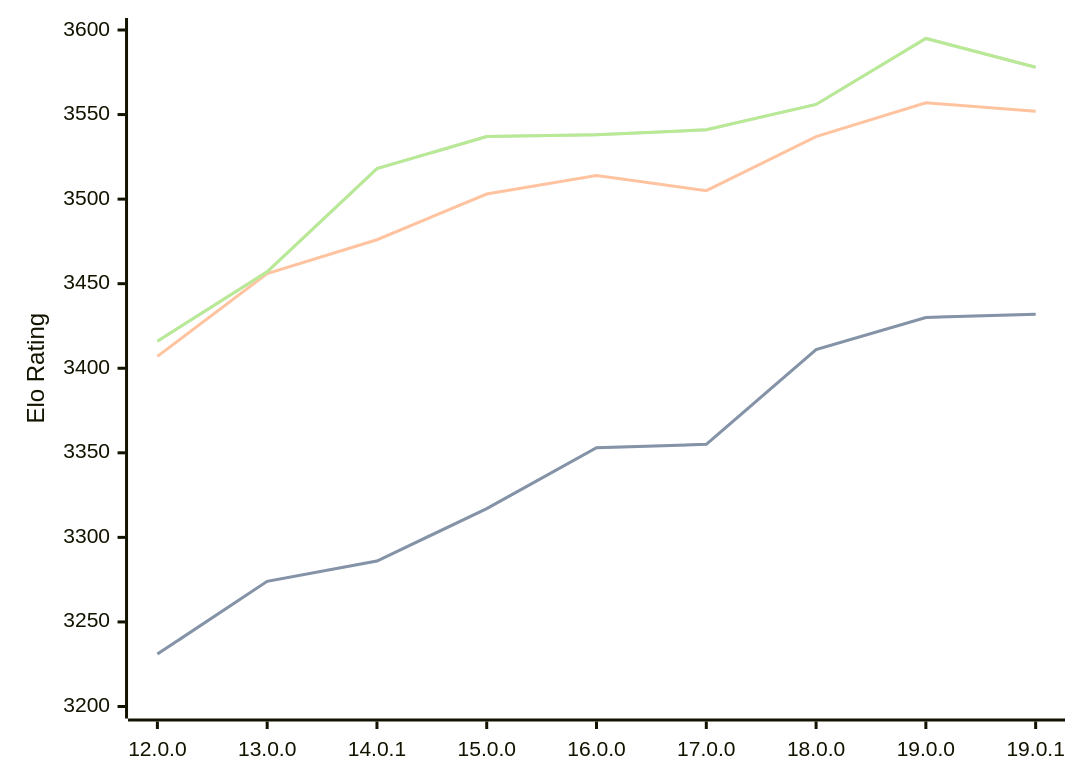
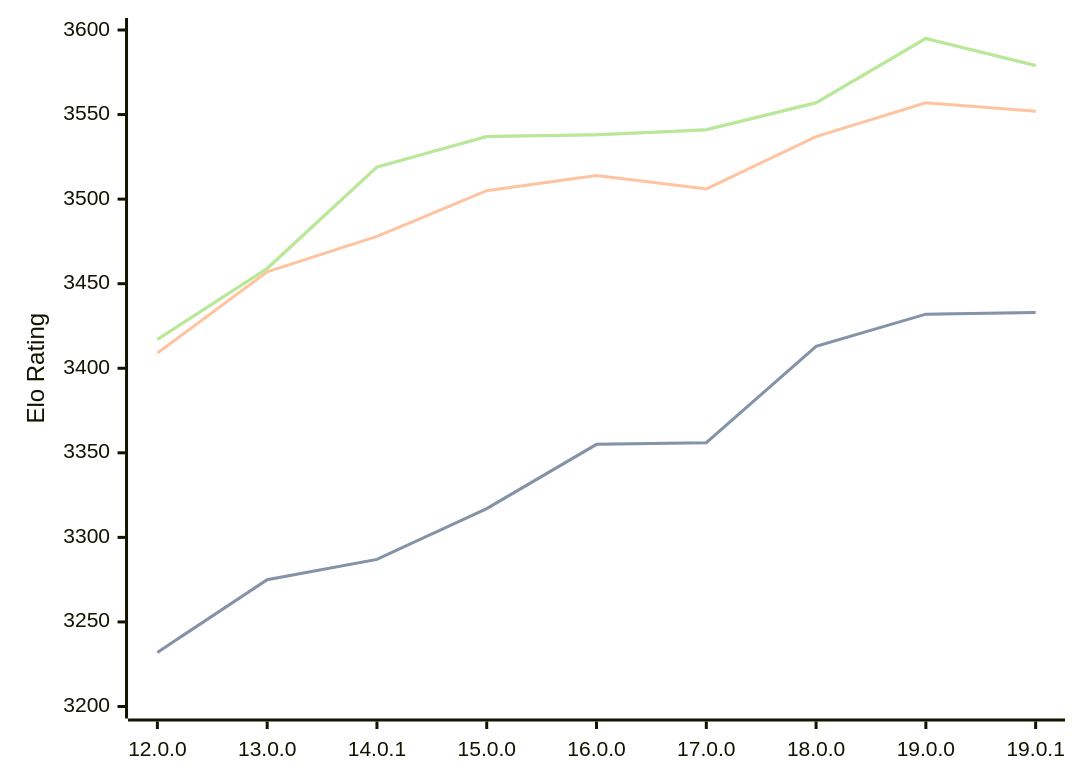
The diagram in engines/Viridithas.md (computer-chess-index/cci), drawn with Mermaid before and after one commit. The commit also changed other lines of this file, not shown here.

Commit message:
Update CCI Ratings (ELO VLTC) - 2026-04-05

````diff
--- a/engines/Viridithas.md
+++ b/engines/Viridithas.md
@@ -63,11 +63,11 @@
 ```mermaid
 %%{init: {"theme":"base","themeVariables":{"seriesColors:['#a3a3a3','#222221','#faa371']}}}%%
 xychart-beta
   x-axis ["12.0.0", "13.0.0", "14.0.1", "15.0.0", "16.0.0", "17.0.0", "18.0.0", "19.0.0", "19.0.1"]
   y-axis "Elo Rating" 3200 --> 3600
-  line "STC (8.0+0.08s)" [3231, 3274, 3286, 3317, 3353, 3355, 3411, 3430, 3432]
-  line "STC (8.0+0.08s)" [3231, 3274, 3286, 3317, 3353, 3355, 3411, 3430, 3432]
-  line "LTC (60.0+0.60s)" [3407, 3456, 3476, 3503, 3514, 3505, 3537, 3557, 3552]
-  line "VLTC (2m24s+1.12s)" [3416, 3457, 3518, 3537, 3538, 3541, 3556, 3595, 3578]
-  line "VLTC (2m24s+1.12s)" [3416, 3457, 3518, 3537, 3538, 3541, 3556, 3595, 3578]
+  line "STC (8.0+0.08s)" [3232, 3275, 3287, 3317, 3355, 3356, 3413, 3432, 3433]
+  line "STC (8.0+0.08s)" [3232, 3275, 3287, 3317, 3355, 3356, 3413, 3432, 3433]
+  line "LTC (60.0+0.60s)" [3409, 3457, 3478, 3505, 3514, 3506, 3537, 3557, 3552]
+  line "VLTC (2m24s+1.12s)" [3417, 3459, 3519, 3537, 3538, 3541, 3557, 3595, 3579]
+  line "VLTC (2m24s+1.12s)" [3417, 3459, 3519, 3537, 3538, 3541, 3557, 3595, 3579]
 ```
````
